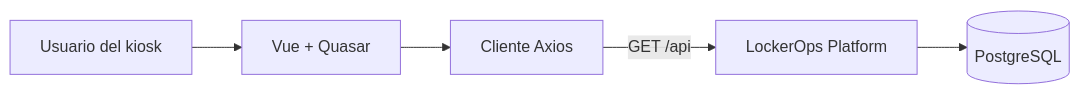
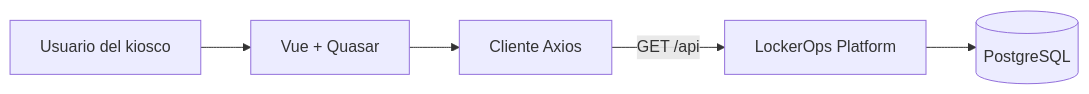
The diagram in README.md (jaikostatham/lockerops-kiosk-frontend), drawn with Mermaid before and after one commit. The commit also changed other lines of this file, not shown here.

````diff
--- a/README.md
+++ b/README.md
@@ -21,7 +23,7 @@
 ```mermaid
 flowchart LR
-  U[Usuario del kiosk] --> V[Vue + Quasar]
+  U[Usuario del kiosco] --> V[Vue + Quasar]
   V --> A[Cliente Axios]
   A -->|GET /api| B[LockerOps Platform]
   B --> D[(PostgreSQL)]
 ```
````
